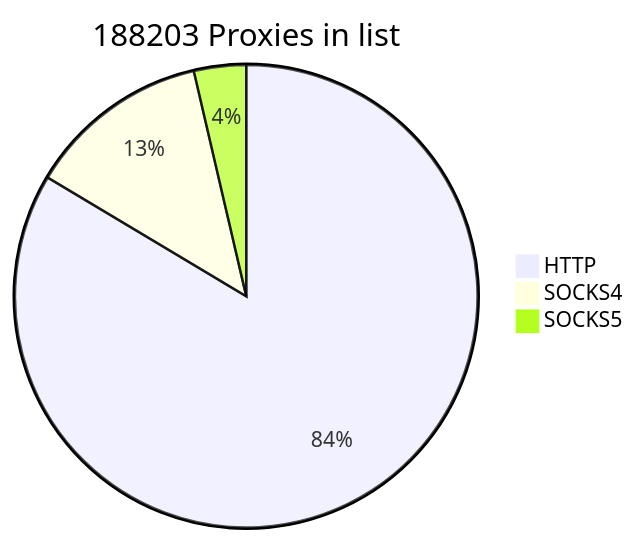
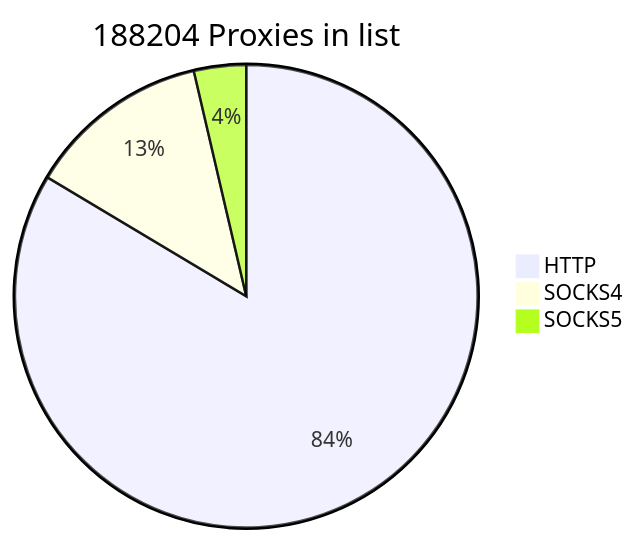
The first of 2 diagrams in README.md (cutipu/proxylist), drawn with Mermaid before and after one commit. The commit also changed other lines of this file, not shown here.

````diff
--- a/README.md
+++ b/README.md
@@ -2,7 +2,7 @@
 ```mermaid
-pie title 188203 Proxies in list
-    "HTTP" : 157297
+pie title 188204 Proxies in list
+    "HTTP" : 157298
     "SOCKS4" : 24052
     "SOCKS5" : 6854
             
 ```
````
